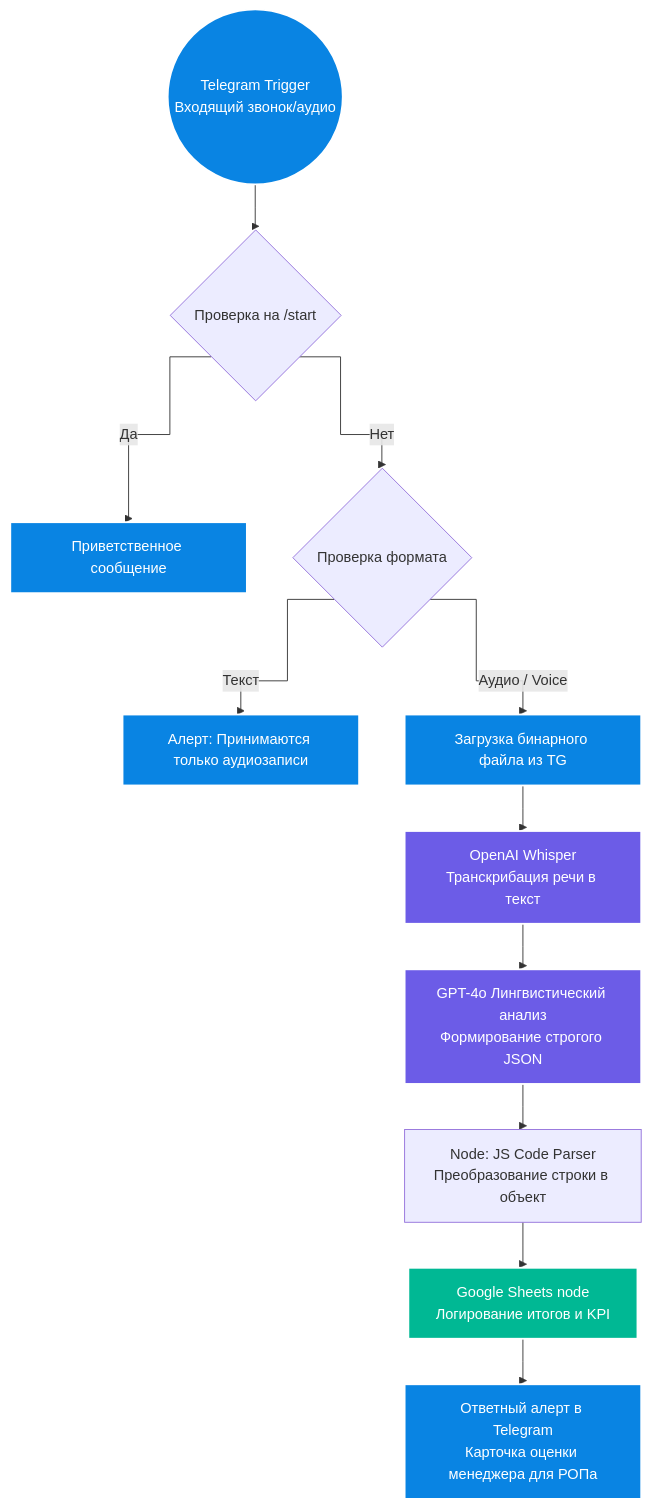
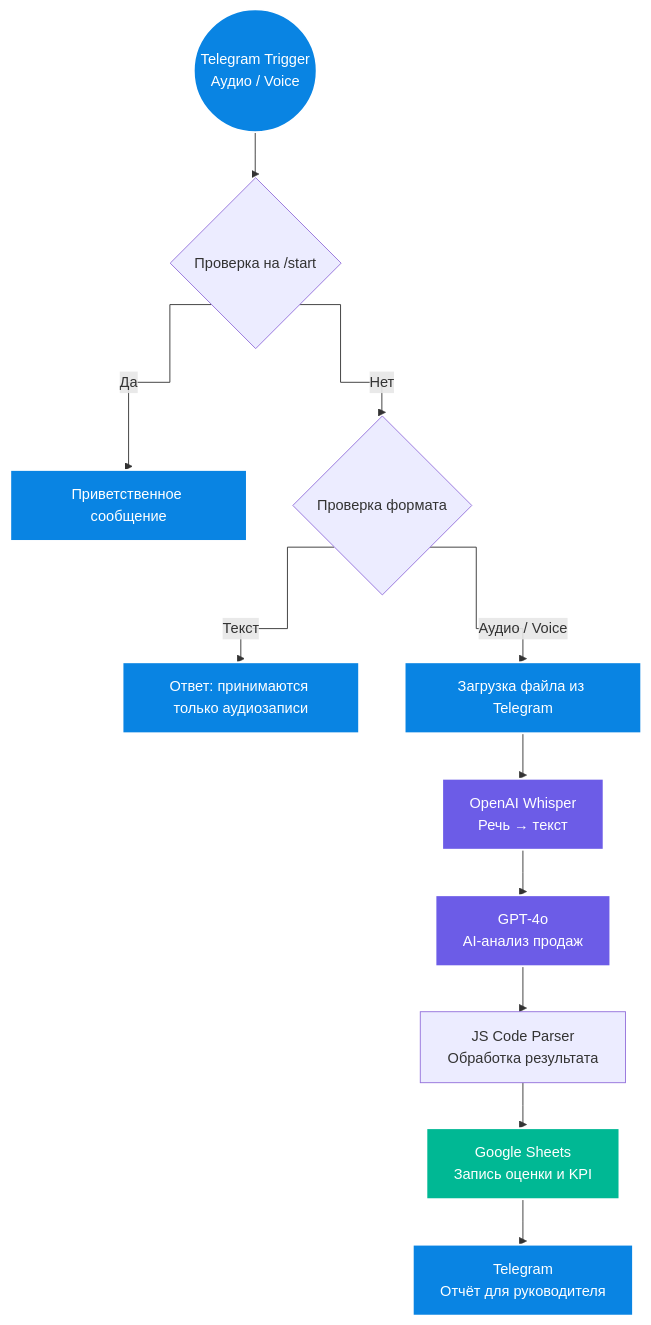
One commit to ravilpcs-spec/ai-quality-control-okk changed the diagram in README.md. Above: the diagram before and after it, drawn with Mermaid. The commit also changed other lines of this file, not shown here.

````diff
--- a/README.md
+++ b/README.md
@@ -20,24 +57,22 @@
 ```mermaid
 %%{init: {"flowchart": {"curve": "step"}}}%%
 flowchart TD
-    %% Настройки стиля
     classDef ai fill:#6C5CE7,stroke:#fff,stroke-width:2px,color:#fff;
     classDef database fill:#00B894,stroke:#fff,stroke-width:2px,color:#fff;
     classDef api fill:#0984E3,stroke:#fff,stroke-width:2px,color:#fff;
-    classDef client fill:#D63031,stroke:#fff,stroke-width:2px,color:#fff;
 
-    START(("Telegram Trigger<br>Входящий звонок/аудио")):::api --> IF_TXT{"Проверка на /start"}
-    
+    START(("Telegram Trigger<br>Аудио / Voice")):::api --> IF_TXT{"Проверка на /start"}
+
     IF_TXT -->|"Да"| WELCOME["Приветственное сообщение"]:::api
-    IF_TXT -->|"Нет"| IF_AUDIO{"Проверка формата"}
-    
-    IF_AUDIO -->|"Текст"| ERR_MSG["Алерт: Принимаются только аудиозаписи"]:::api
-    IF_AUDIO -->|"Аудио / Voice"| DOWNLOAD["Загрузка бинарного файла из TG"]:::api
-    
-    DOWNLOAD --> WHISPER["OpenAI Whisper<br>Транскрибация речи в текст"]:::ai
-    WHISPER --> GPT["GPT-4o Лингвистический анализ<br>Формирование строгого JSON"]:::ai
-    
-    GPT --> PARSER["Node: JS Code Parser<br>Преобразование строки в объект"]
-    PARSER --> DB_SHEETS["Google Sheets node<br>Логирование итогов и KPI"]:::database
-    DB_SHEETS --> REPORT["Ответный алерт в Telegram<br>Карточка оценки менеджера для РОПа"]:::api
+    IF_TXT -->|"Нет"| CHECK{"Проверка формата"}
+
+    CHECK -->|"Текст"| ERROR["Ответ: принимаются только аудиозаписи"]:::api
+    CHECK -->|"Аудио / Voice"| DOWNLOAD["Загрузка файла из Telegram"]:::api
+
+    DOWNLOAD --> WHISPER["OpenAI Whisper<br>Речь → текст"]:::ai
+    WHISPER --> GPT["GPT-4o<br>AI-анализ продаж"]:::ai
+
+    GPT --> PARSER["JS Code Parser<br>Обработка результата"]
+    PARSER --> SHEETS["Google Sheets<br>Запись оценки и KPI"]:::database
+    SHEETS --> REPORT["Telegram<br>Отчёт для руководителя"]:::api
 ```
````
